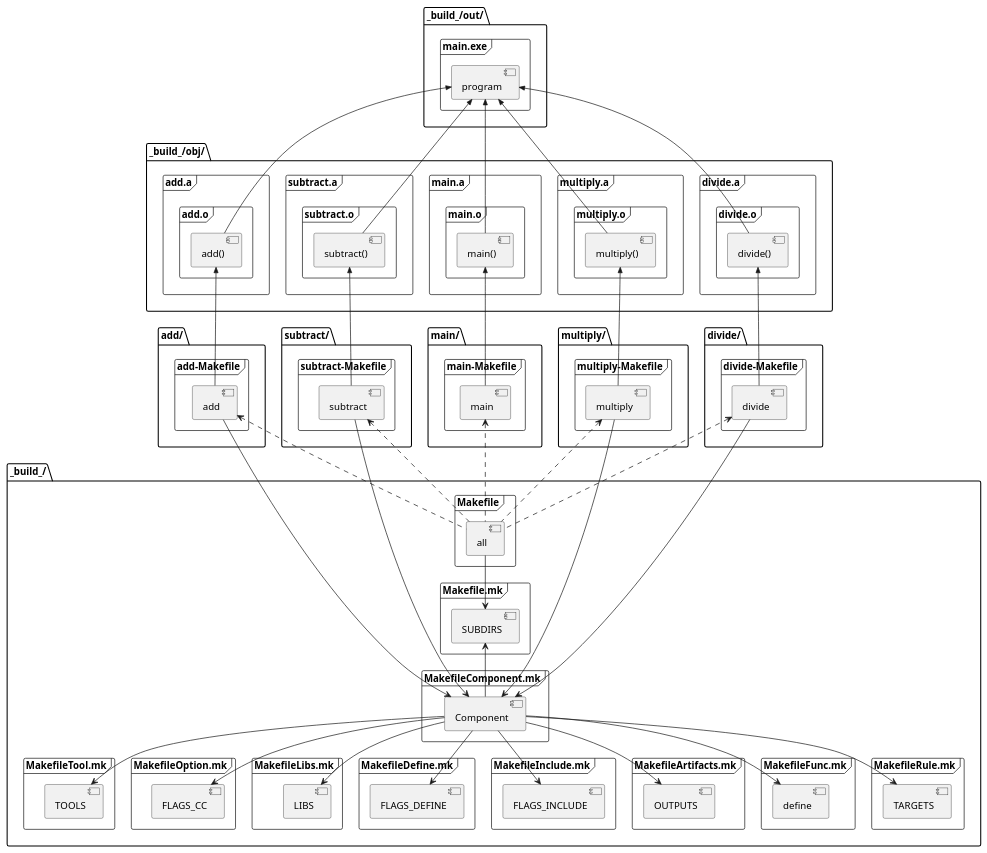
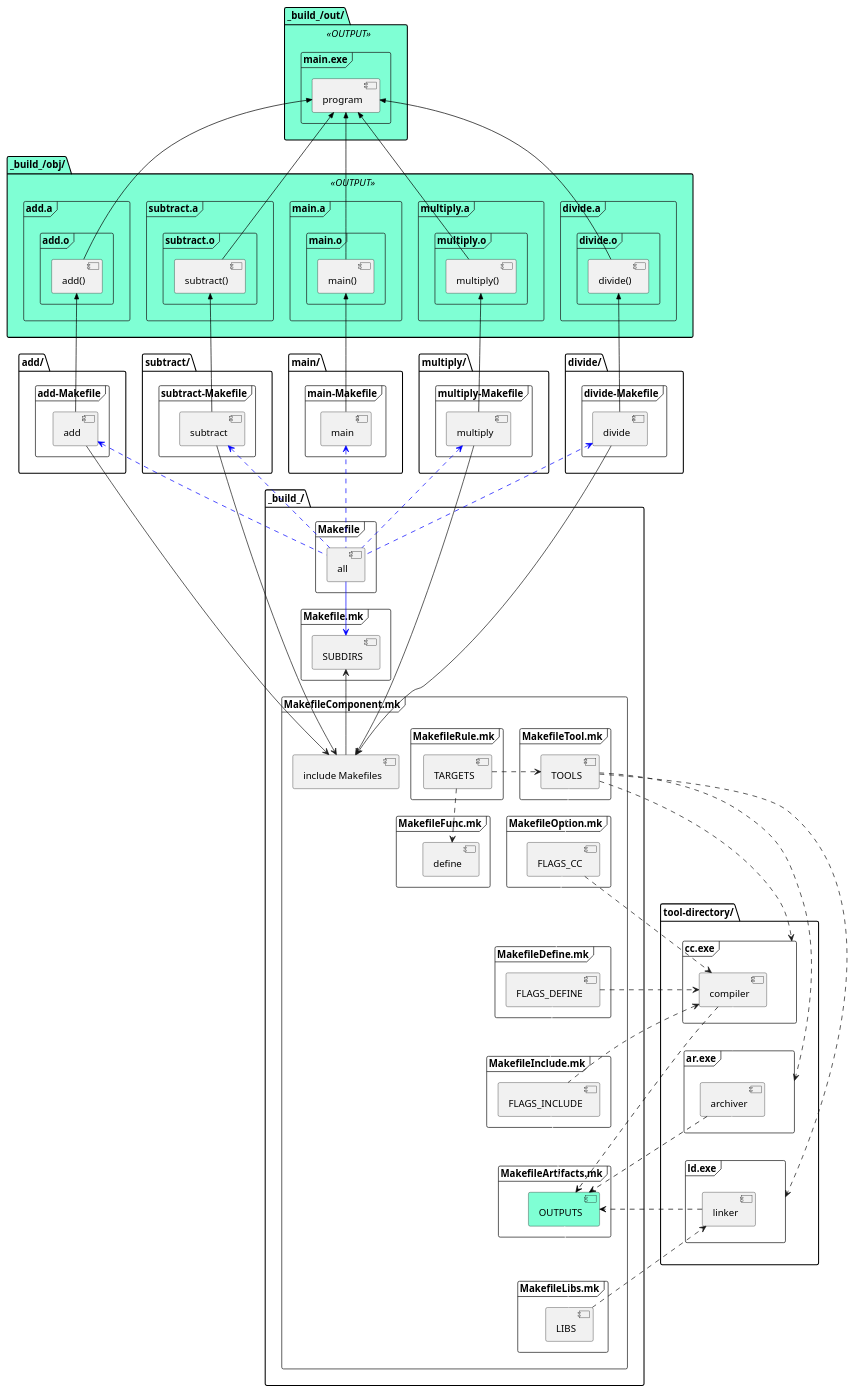
One commit to adachikenta/c_programs changed the diagram in make.plantuml. Above: the diagram before and after it, drawn with PlantUML.

```diff
--- a/make.plantuml
+++ b/make.plantuml
@@ -1,106 +1,142 @@
 @startuml enviroment
+skinparam folder {
+	backgroundColor<<OUTPUT>> aquamarine
+}
 folder "_build_/" {
   frame "Makefile" {
     [all]
   }
   frame "Makefile.mk" {
-    [all] --> [SUBDIRS]
+    [all] --> [SUBDIRS] #blue
   }
 }
 folder "add/" {
   frame "add-Makefile" {
-    [add] <.. [all]
+    [add] <.. [all] #blue
   }
 }
 folder "subtract/" {
   frame "subtract-Makefile" {
-    [subtract] <.. [all]
+    [subtract] <.. [all] #blue
   }
 }
 folder "main/" {
   frame "main-Makefile" {
-    [main] <.. [all]
+    [main] <.. [all] #blue
   }
 }
 folder "multiply/" {
   frame "multiply-Makefile" {
-    [multiply] <.. [all]
+    [multiply] <.. [all] #blue
   }
 }
 folder "divide/" {
   frame "divide-Makefile" {
-    [divide] <.. [all]
+    [divide] <.. [all] #blue
   }
 }
 folder "_build_/" {
   frame "MakefileComponent.mk" {
-    [SUBDIRS] <-- [Component]
-    [add] --> [Component]
-    [subtract] --> [Component]
-    [multiply] --> [Component]
-    [divide] --> [Component]
+    [include Makefiles]
+    [SUBDIRS] <-- [include Makefiles]
+    [add] --> [include Makefiles]
+    [subtract] --> [include Makefiles]
+    [multiply] --> [include Makefiles]
+    [divide] --> [include Makefiles]
   }
 }
-folder "_build_/obj/" {
+folder "_build_/obj/" <<OUTPUT>> {
   frame "add.a" {
     frame "add.o" {
-      [add()] <<-- [add]
+      [add()] <<-- [add] #black
     }
   }
   frame "subtract.a" {
     frame "subtract.o" {
-      [subtract()] <<-- [subtract]
+      [subtract()] <<-- [subtract] #black
     }
   }
   frame "multiply.a" {
     frame "multiply.o" {
-      [multiply()] <<-- [multiply]
+      [multiply()] <<-- [multiply] #black
     }
   }
   frame "divide.a" {
     frame "divide.o" {
-      [divide()] <<-- [divide]
+      [divide()] <<-- [divide] #black
     }
   }
   frame "main.a" {
     frame "main.o" {
-      [main()] <<-- [main]
+      [main()] <<-- [main] #black
     }
   }
 }
-folder "_build_/out/" {
+folder "_build_/out/" <<OUTPUT>> {
   frame "main.exe" {
-    [program] <<-- [main()]
-    [program] <<-- [add()]
-    [program] <<-- [subtract()]
-    [program] <<-- [multiply()]
-    [program] <<-- [divide()]
+    [program] <<-- [main()] #black
+    [program] <<-- [add()] #black
+    [program] <<-- [subtract()] #black
+    [program] <<-- [multiply()] #black
+    [program] <<-- [divide()] #black
   }
 }
 folder "_build_/" {
-  frame "MakefileTool.mk" {
-    [Component] --> [TOOLS]
+  frame "MakefileComponent.mk" {
+    frame "MakefileRule.mk" {
+      [TARGETS]
+    }
+    frame "MakefileFunc.mk" {
+      [define]
+      [TARGETS] ..> [define]
+    }
+    frame "MakefileTool.mk" {
+      [TOOLS]
+      [TARGETS] .> [TOOLS]
+    }
+    frame "MakefileOption.mk" {
+      [FLAGS_CC]
+      [TOOLS] .. [FLAGS_CC] #white
+    }
+    frame "MakefileDefine.mk" {
+      [FLAGS_DEFINE]
+      [FLAGS_CC] .. [FLAGS_DEFINE] #white
+    }
+    frame "MakefileInclude.mk" {
+      [FLAGS_INCLUDE]
+      [FLAGS_DEFINE] .. [FLAGS_INCLUDE] #white
+    }
   }
-  frame "MakefileOption.mk" {
-    [Component] --> [FLAGS_CC]
+}
+folder "tool-directory/" {
+  frame "cc.exe" {
+    [TOOLS] ..> cc.exe
+    [FLAGS_CC] ..> [compiler]
+    [FLAGS_DEFINE] .> [compiler]
+    [compiler] <.. [FLAGS_INCLUDE]
   }
-  frame "MakefileLibs.mk" {
-    [Component] --> [LIBS]
+  frame "ar.exe" {
+    [TOOLS] ..> ar.exe
+    [compiler] .. [archiver] #white
   }
-  frame "MakefileDefine.mk" {
-    [Component] --> [FLAGS_DEFINE]
+  frame "ld.exe" {
+    [TOOLS] ..> ld.exe
+    [archiver] .. [linker] #white
   }
-  frame "MakefileInclude.mk" {
-    [Component] --> [FLAGS_INCLUDE]
-  }
-  frame "MakefileArtifacts.mk" {
-    [Component] --> [OUTPUTS]
-  }
-  frame "MakefileFunc.mk" {
-    [Component] --> [define]
-  }
-  frame "MakefileRule.mk" {
-    [Component] --> [TARGETS]
+}
+folder "_build_/" {
+  frame "MakefileComponent.mk" {
+    frame "MakefileArtifacts.mk" {
+      [OUTPUTS] #aquamarine
+      [FLAGS_INCLUDE] .. [OUTPUTS] #white
+      [compiler] ..> [OUTPUTS] #black
+      [archiver] ..> [OUTPUTS] #black
+      [linker] .> [OUTPUTS] #black
+    }
+    frame "MakefileLibs.mk" {
+      [OUTPUTS] .. [LIBS] #white
+      [LIBS] ..> [linker]
+    }
   }
 }
 @enduml
```
